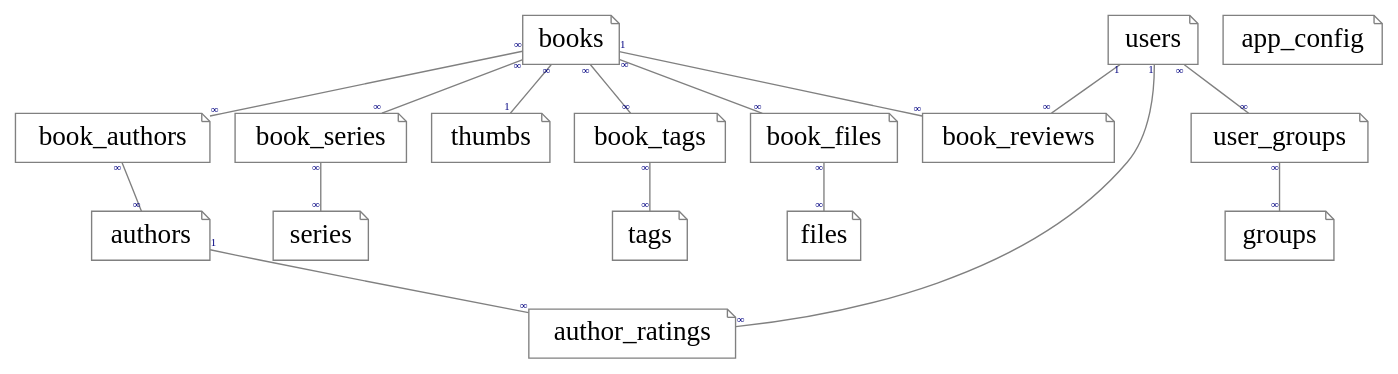
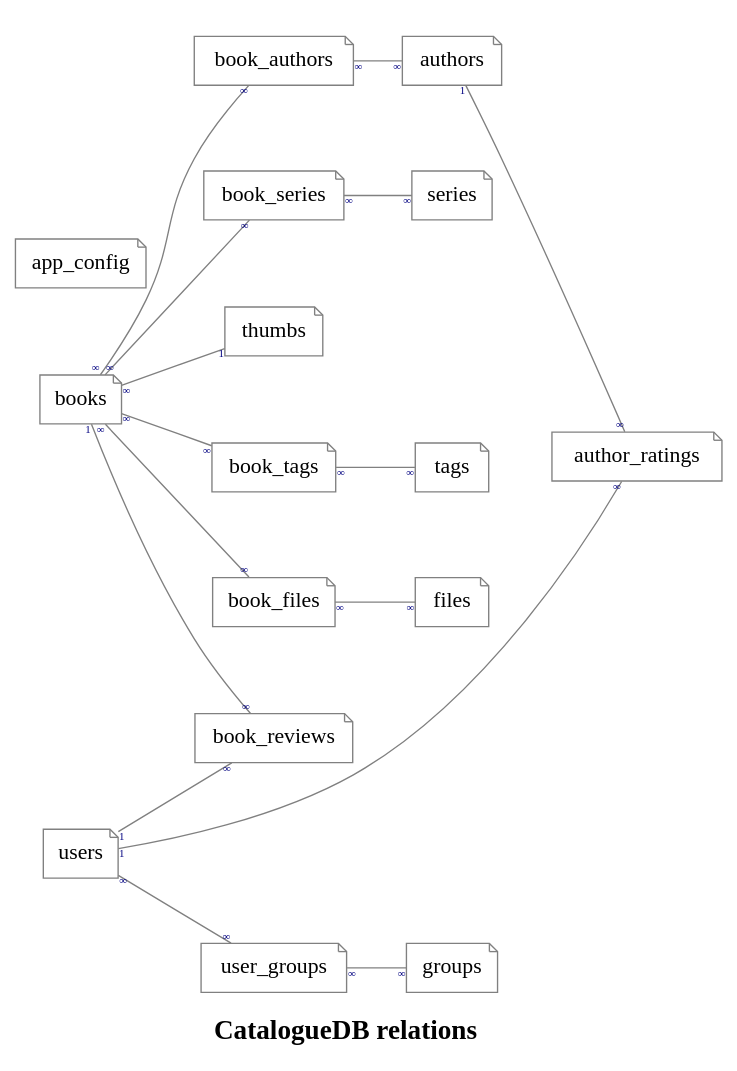
The diagram in docs/db_tables.gv (sio/HomeLibraryCatalog), drawn with Graphviz before and after one commit. The commit also changed 2 other files, not shown here.

Commit message:
docs: make diagram fit on A4 page + more readable code

```diff
--- a/docs/db_tables.gv
+++ b/docs/db_tables.gv
@@ -1,33 +1,45 @@
 # Simplified representation of database schema
-# Rendered with Graphviz (dot -O -Tsvg)
+# Rendered with Graphviz (dot -O -Tpdf)
 
-graph {
+strict graph {
+    label = <<b>CatalogueDB relations</b>>
+    
+    # Layout and style
+    graph [
+        ratio = 1.414  // 297/210
+        rankdir = LR
+        fontname = Tahoma
+        fontsize = 20
+    ]
     node [
-        shape=note
-        margin=0.1
-        color=gray
-        fontname=Tahoma
-        fontsize=20
+        shape = note
+        margin = 0.1
+        color = gray
+        fontname = Tahoma
+        fontsize = 16
+        tooltip = ""
     ]
     edge [
-        headlabel="∞"
-        taillabel="∞"
-        margin=0.1
-        color=gray        
-        fontname=Tahoma
-        fontsize=8
-        fontcolor=navy
+        headlabel = "∞"
+        taillabel = "∞"
+        margin = 0.1
+        color = gray        
+        fontname = Tahoma
+        fontsize = 8
+        fontcolor = navy
+        tooltip = ""
     ]
 
-    books -- book_authors -- authors;
-    authors -- author_ratings [taillabel=1];
-    books -- book_series -- series;
-    books -- thumbs [headlabel=1];
-    books -- book_reviews [taillabel=1];
-    users -- user_groups -- groups;
-    users -- book_reviews [taillabel=1];
-    users -- author_ratings [taillabel=1];
-    books -- book_tags -- tags;
-    app_config;
-    books -- book_files -- files;
+    # Nodes and edges
+    books -- book_authors -- authors
+    authors -- author_ratings [taillabel = 1]
+    books -- book_series -- series
+    books -- thumbs [headlabel = 1]
+    books -- book_reviews [taillabel = 1]
+    users -- user_groups -- groups
+    users -- book_reviews [taillabel = 1]
+    users -- author_ratings [taillabel = 1]
+    books -- book_tags -- tags
+    app_config
+    books -- book_files -- files
 }
```
